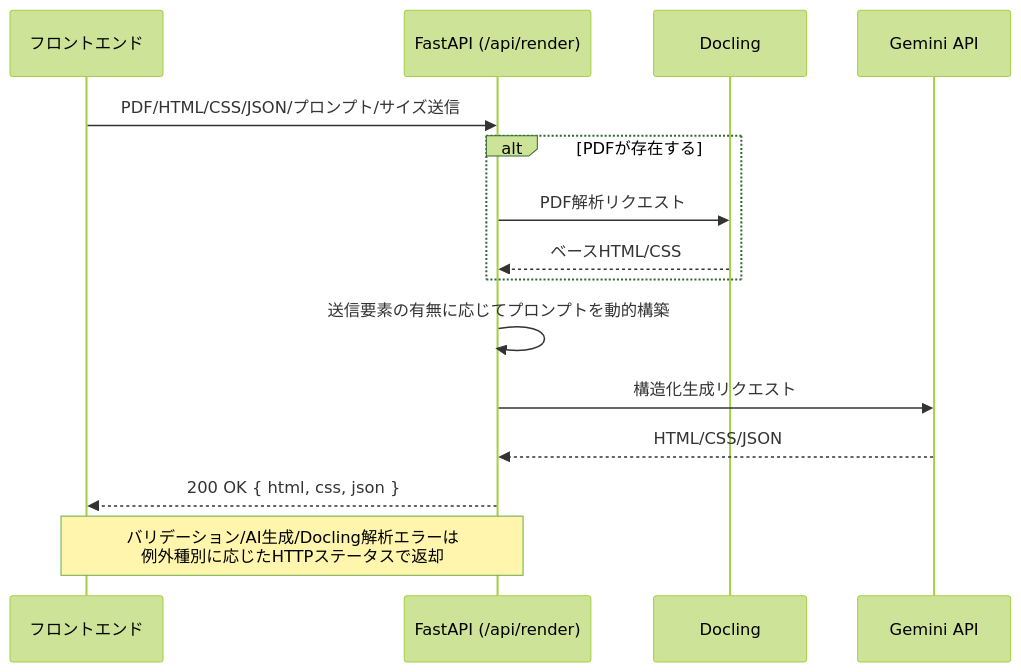
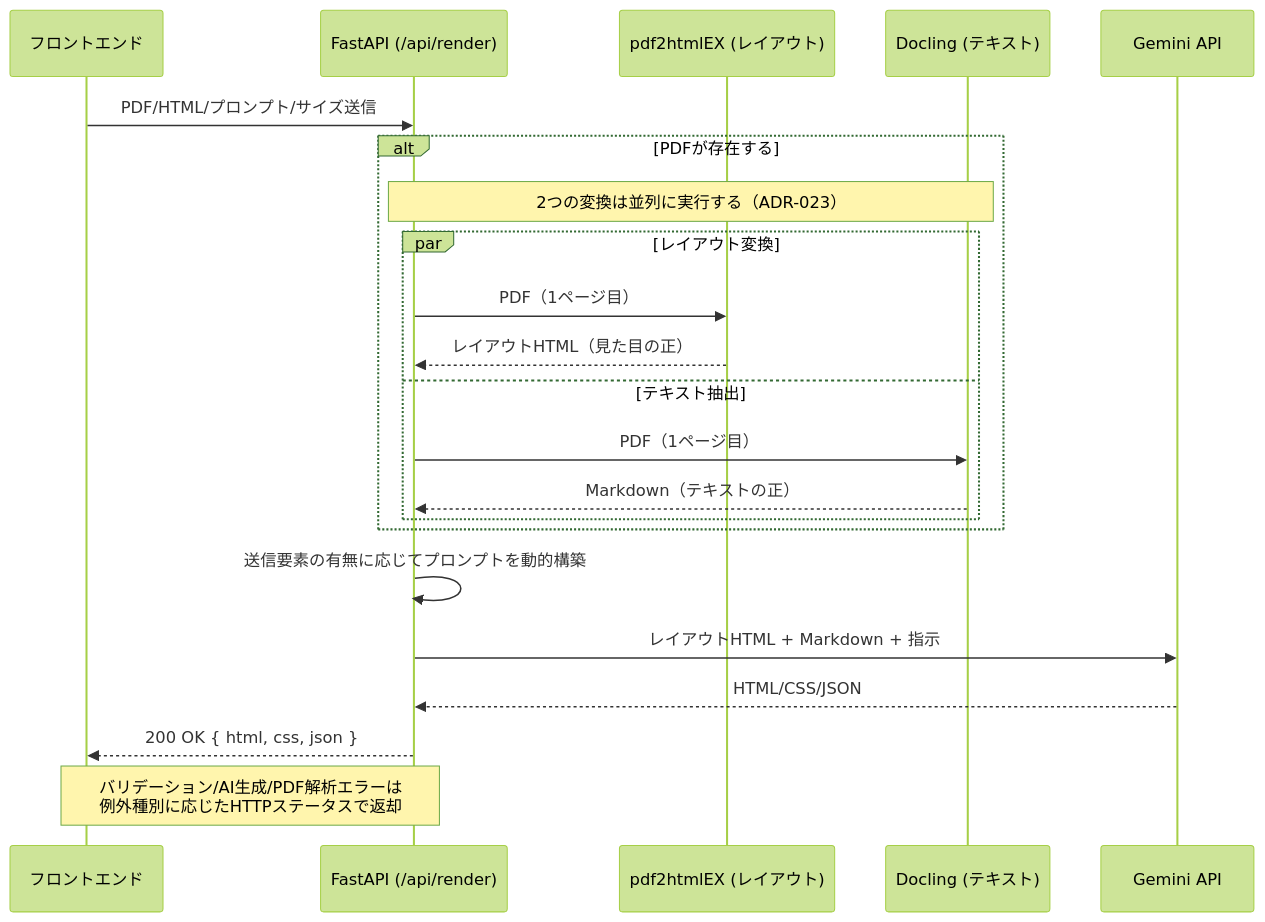
One commit to EisukeHishikawa/adapt-sheet changed the second of 4 diagrams in docs/architecture.md. Above: the diagram before and after it, drawn with Mermaid (forest theme). The commit also changed other lines of this file and 27 other files, not shown here.

First line of the commit message:
feat: PDF解析をpdf2htmlEX（レイアウト）とDocling（テキスト）へ役割分担し並列実行（ADR-023）

````diff
--- a/docs/architecture.md
+++ b/docs/architecture.md
@@ -44,18 +46,25 @@
 ```mermaid
 sequenceDiagram
     participant FE as フロントエンド
     participant API as FastAPI (/api/render)
-    participant Docling as Docling
+    participant P2H as pdf2htmlEX (レイアウト)
+    participant Docling as Docling (テキスト)
     participant Gemini as Gemini API
 
-    FE->>API: PDF/HTML/CSS/JSON/プロンプト/サイズ送信
+    FE->>API: PDF/HTML/プロンプト/サイズ送信
     alt PDFが存在する
-        API->>Docling: PDF解析リクエスト
-        Docling-->>API: ベースHTML/CSS
+        Note over API,Docling: 2つの変換は並列に実行する（ADR-023）
+        par レイアウト変換
+            API->>P2H: PDF（1ページ目）
+            P2H-->>API: レイアウトHTML（見た目の正）
+        and テキスト抽出
+            API->>Docling: PDF（1ページ目）
+            Docling-->>API: Markdown（テキストの正）
+        end
     end
     API->>API: 送信要素の有無に応じてプロンプトを動的構築
-    API->>Gemini: 構造化生成リクエスト
+    API->>Gemini: レイアウトHTML + Markdown + 指示
     Gemini-->>API: HTML/CSS/JSON
     API-->>FE: 200 OK { html, css, json }
-    Note over API,FE: バリデーション/AI生成/Docling解析エラーは<br/>例外種別に応じたHTTPステータスで返却
+    Note over API,FE: バリデーション/AI生成/PDF解析エラーは<br/>例外種別に応じたHTTPステータスで返却
 ```
````
